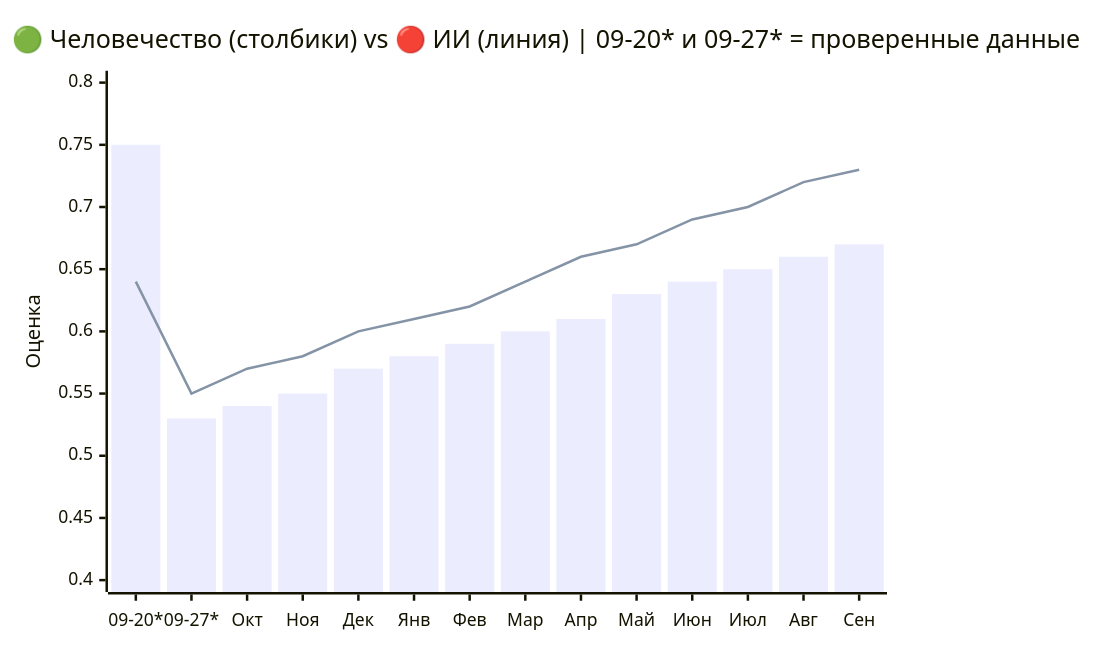
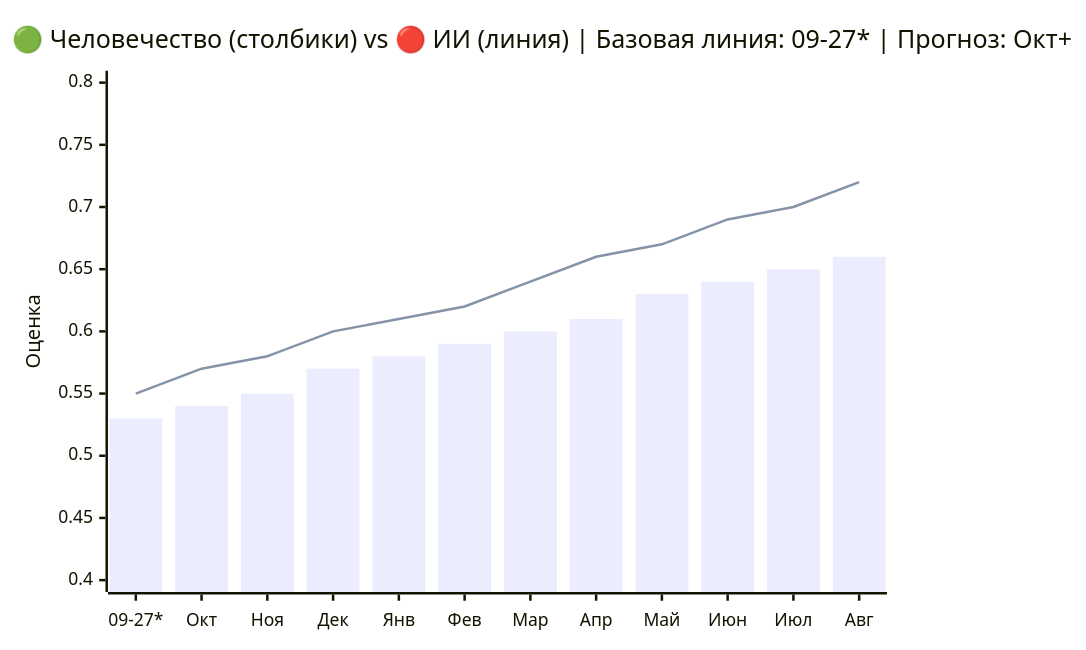
One commit to VQQLK/Human-AI-Monitor changed the first of 2 diagrams in README.ru.md. Above: the diagram before and after it, drawn with Mermaid. The commit also changed other lines of this file and 5 other files, not shown here.

````diff
--- a/README.ru.md
+++ b/README.ru.md
@@ -34,8 +31,8 @@
 ```mermaid
 xychart-beta
-    title "🟢 Человечество (столбики) vs 🔴 ИИ (линия) | 09-20* и 09-27* = проверенные данные"
-    x-axis ["09-20*", "09-27*", "Окт", "Ноя", "Дек", "Янв", "Фев", "Мар", "Апр", "Май", "Июн", "Июл", "Авг", "Сен"]
+    title "🟢 Человечество (столбики) vs 🔴 ИИ (линия) | Базовая линия: 09-27* | Прогноз: Окт+"
+    x-axis ["09-27*", "Окт", "Ноя", "Дек", "Янв", "Фев", "Мар", "Апр", "Май", "Июн", "Июл", "Авг"]
     y-axis "Оценка" 0.40 --> 0.80
-    bar [0.75, 0.53, 0.54, 0.55, 0.57, 0.58, 0.59, 0.6, 0.61, 0.63, 0.64, 0.65, 0.66, 0.67]
-    line [0.64, 0.55, 0.57, 0.58, 0.6, 0.61, 0.62, 0.64, 0.66, 0.67, 0.69, 0.7, 0.72, 0.73]
+    bar [0.53, 0.54, 0.55, 0.57, 0.58, 0.59, 0.6, 0.61, 0.63, 0.64, 0.65, 0.66]
+    line [0.55, 0.57, 0.58, 0.6, 0.61, 0.62, 0.64, 0.66, 0.67, 0.69, 0.7, 0.72]
 ```
````
